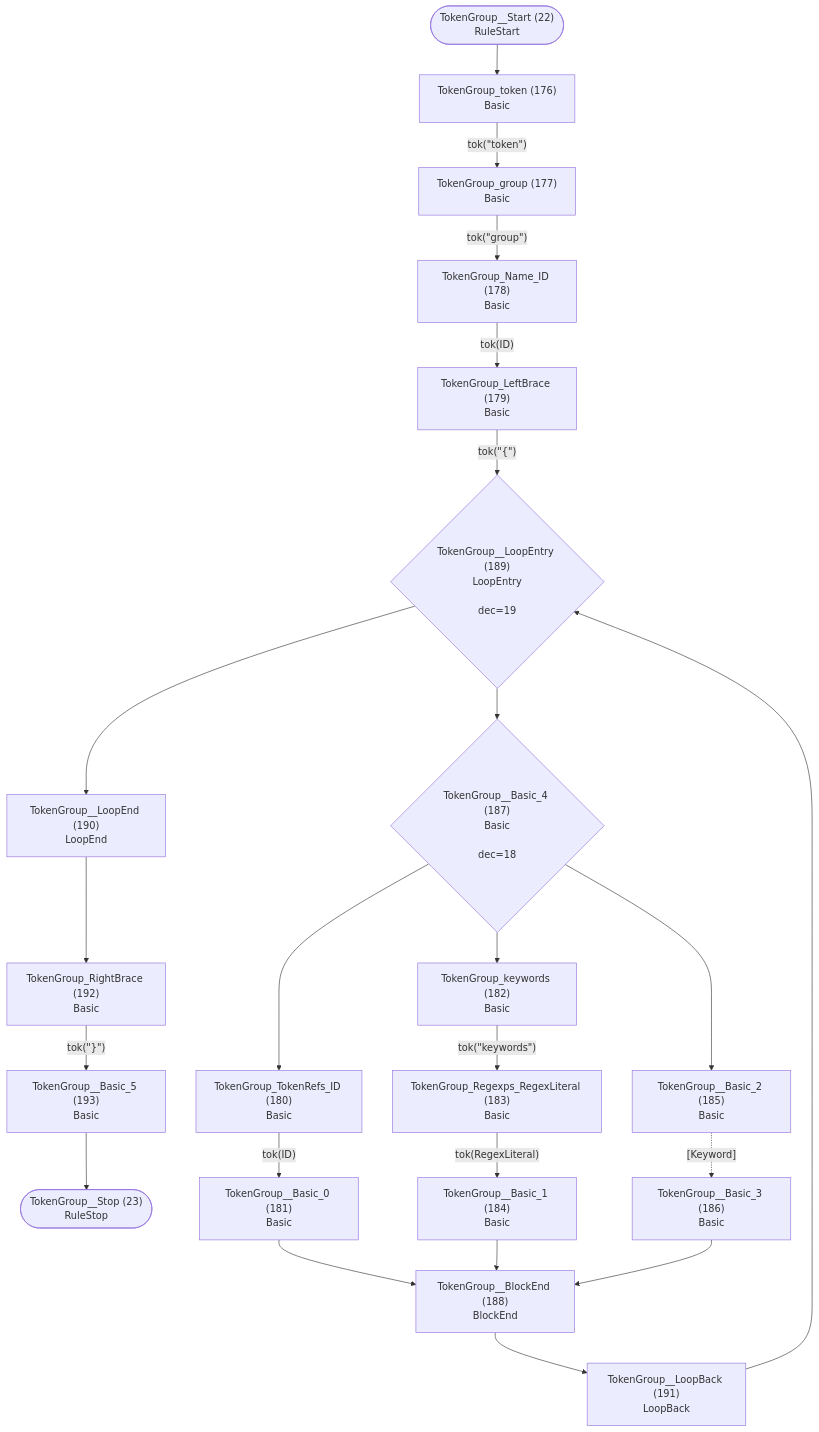
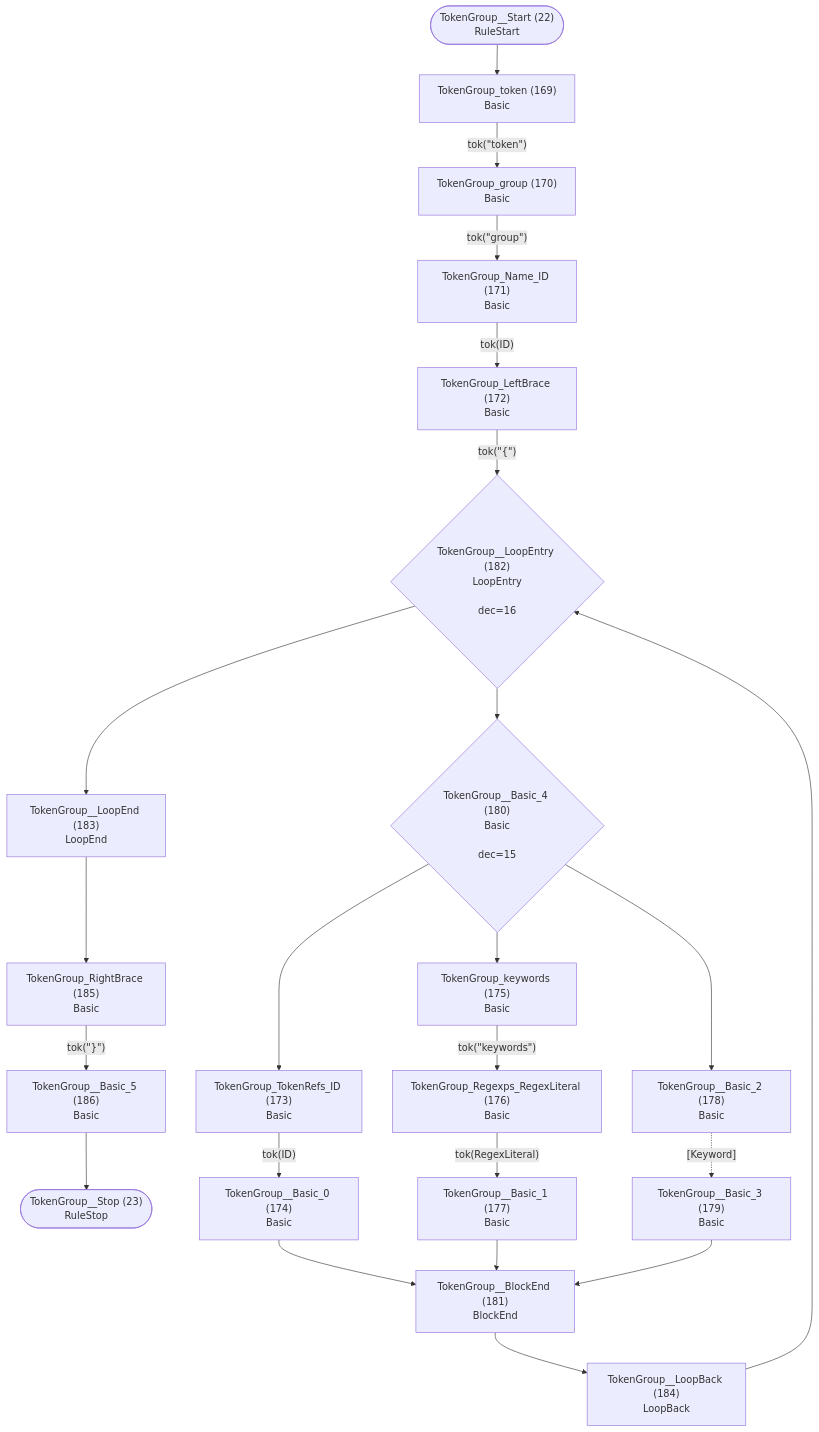
Diagram 12 of 29 in internal/grammar/atn.md (TypeFox/fastbelt), drawn with Mermaid before and after one commit. The commit also changed other lines of this file and 13 other files, not shown here.

````diff
--- a/internal/grammar/atn.md
+++ b/internal/grammar/atn.md
@@ -381,46 +360,46 @@
 ```mermaid
 flowchart TD
     q22(["TokenGroup__Start (22)<br/>RuleStart"])
     q23(["TokenGroup__Stop (23)<br/>RuleStop"])
-    q176["TokenGroup_token (176)<br/>Basic<br/>"]
-    q177["TokenGroup_group (177)<br/>Basic<br/>"]
-    q178["TokenGroup_Name_ID (178)<br/>Basic<br/>"]
-    q179["TokenGroup_LeftBrace (179)<br/>Basic<br/>"]
-    q180["TokenGroup_TokenRefs_ID (180)<br/>Basic<br/>"]
-    q181["TokenGroup__Basic_0 (181)<br/>Basic<br/>"]
-    q182["TokenGroup_keywords (182)<br/>Basic<br/>"]
-    q183["TokenGroup_Regexps_RegexLiteral (183)<br/>Basic<br/>"]
-    q184["TokenGroup__Basic_1 (184)<br/>Basic<br/>"]
-    q185["TokenGroup__Basic_2 (185)<br/>Basic<br/>"]
-    q186["TokenGroup__Basic_3 (186)<br/>Basic<br/>"]
-    q187{"TokenGroup__Basic_4 (187)<br/>Basic<br/><br/>dec=18"}
-    q188["TokenGroup__BlockEnd (188)<br/>BlockEnd<br/>"]
-    q189{"TokenGroup__LoopEntry (189)<br/>LoopEntry<br/><br/>dec=19"}
-    q190["TokenGroup__LoopEnd (190)<br/>LoopEnd<br/>"]
-    q191["TokenGroup__LoopBack (191)<br/>LoopBack<br/>"]
-    q192["TokenGroup_RightBrace (192)<br/>Basic<br/>"]
-    q193["TokenGroup__Basic_5 (193)<br/>Basic<br/>"]
+    q169["TokenGroup_token (169)<br/>Basic<br/>"]
+    q170["TokenGroup_group (170)<br/>Basic<br/>"]
+    q171["TokenGroup_Name_ID (171)<br/>Basic<br/>"]
+    q172["TokenGroup_LeftBrace (172)<br/>Basic<br/>"]
+    q173["TokenGroup_TokenRefs_ID (173)<br/>Basic<br/>"]
+    q174["TokenGroup__Basic_0 (174)<br/>Basic<br/>"]
+    q175["TokenGroup_keywords (175)<br/>Basic<br/>"]
+    q176["TokenGroup_Regexps_RegexLiteral (176)<br/>Basic<br/>"]
+    q177["TokenGroup__Basic_1 (177)<br/>Basic<br/>"]
+    q178["TokenGroup__Basic_2 (178)<br/>Basic<br/>"]
+    q179["TokenGroup__Basic_3 (179)<br/>Basic<br/>"]
+    q180{"TokenGroup__Basic_4 (180)<br/>Basic<br/><br/>dec=15"}
+    q181["TokenGroup__BlockEnd (181)<br/>BlockEnd<br/>"]
+    q182{"TokenGroup__LoopEntry (182)<br/>LoopEntry<br/><br/>dec=16"}
+    q183["TokenGroup__LoopEnd (183)<br/>LoopEnd<br/>"]
+    q184["TokenGroup__LoopBack (184)<br/>LoopBack<br/>"]
+    q185["TokenGroup_RightBrace (185)<br/>Basic<br/>"]
+    q186["TokenGroup__Basic_5 (186)<br/>Basic<br/>"]
 
-    q22 --> q176
-    q176 -->|"tok(&quot;token&quot;)"| q177
-    q177 -->|"tok(&quot;group&quot;)"| q178
-    q178 -->|"tok(ID)"| q179
-    q179 -->|"tok(&quot;{&quot;)"| q189
-    q180 -->|"tok(ID)"| q181
-    q181 --> q188
-    q182 -->|"tok(&quot;keywords&quot;)"| q183
-    q183 -->|"tok(RegexLiteral)"| q184
-    q184 --> q188
-    q185 -.->|"[Keyword]"| q186
-    q186 --> q188
-    q187 --> q180
-    q187 --> q182
-    q187 --> q185
-    q188 --> q191
-    q189 --> q187
-    q189 --> q190
-    q190 --> q192
-    q191 --> q189
-    q192 -->|"tok(&quot;}&quot;)"| q193
-    q193 --> q23
+    q22 --> q169
+    q169 -->|"tok(&quot;token&quot;)"| q170
+    q170 -->|"tok(&quot;group&quot;)"| q171
+    q171 -->|"tok(ID)"| q172
+    q172 -->|"tok(&quot;{&quot;)"| q182
+    q173 -->|"tok(ID)"| q174
+    q174 --> q181
+    q175 -->|"tok(&quot;keywords&quot;)"| q176
+    q176 -->|"tok(RegexLiteral)"| q177
+    q177 --> q181
+    q178 -.->|"[Keyword]"| q179
+    q179 --> q181
+    q180 --> q173
+    q180 --> q175
+    q180 --> q178
+    q181 --> q184
+    q182 --> q180
+    q182 --> q183
+    q183 --> q185
+    q184 --> q182
+    q185 -->|"tok(&quot;}&quot;)"| q186
+    q186 --> q23
 ```
````
